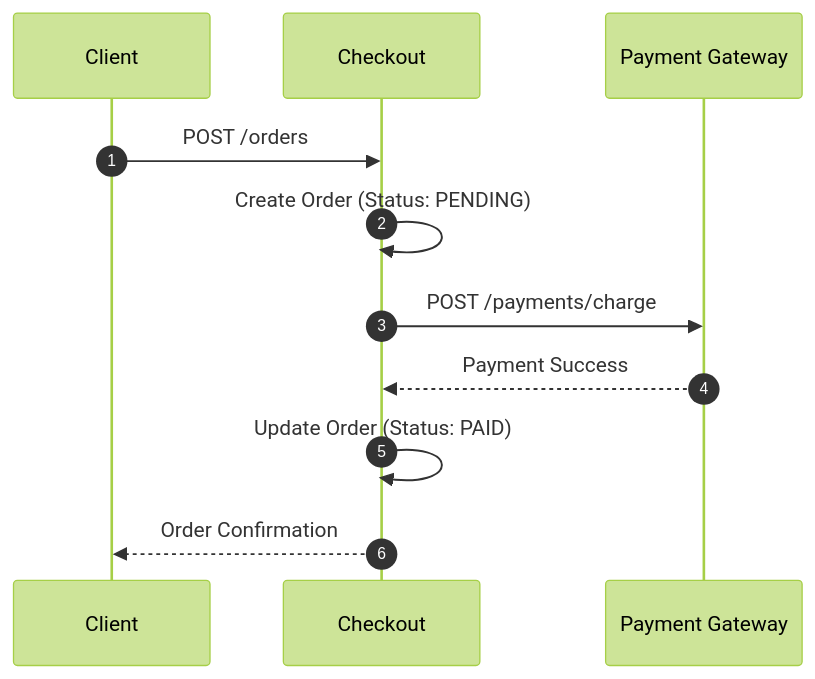
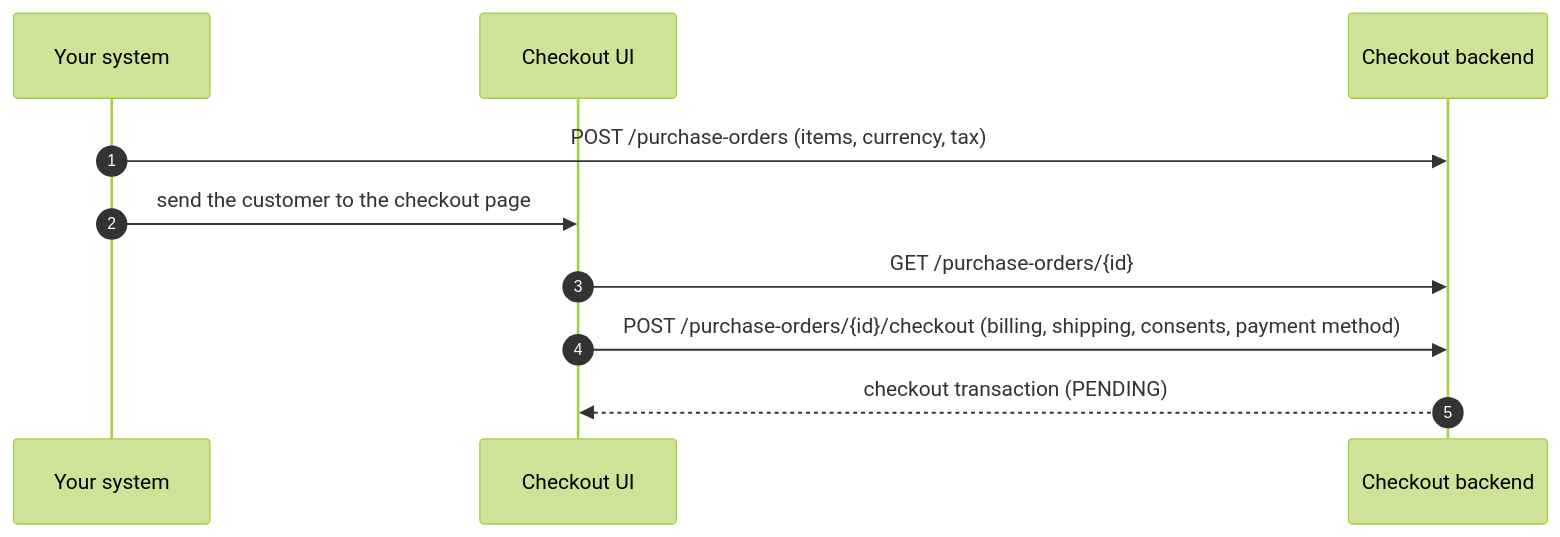
The diagram in modules/checkout/index.md (Labs64/labs64.io-docs), drawn with Mermaid (forest theme) before and after one commit. The commit also changed other lines of this file and 27 other files, not shown here.

First line of the commit message:
Make the public docs the primary architecture and module reference

````diff
--- a/modules/checkout/index.md
+++ b/modules/checkout/index.md
@@ -23,14 +31,13 @@
 ```mermaid
 sequenceDiagram
     autonumber
-    participant C as Client
-    participant CO as Checkout
-    participant PG as Payment Gateway
+    participant S as Your system
+    participant UI as Checkout UI
+    participant BE as Checkout backend
 
-    C->>CO: POST /orders
-    CO->>CO: Create Order (Status: PENDING)
-    CO->>PG: POST /payments/charge
-    PG-->>CO: Payment Success
-    CO->>CO: Update Order (Status: PAID)
-    CO-->>C: Order Confirmation
+    S->>BE: POST /purchase-orders (items, currency, tax)
+    S->>UI: send the customer to the checkout page
+    UI->>BE: GET /purchase-orders/{id}
+    UI->>BE: POST /purchase-orders/{id}/checkout (billing, shipping, consents, payment method)
+    BE-->>UI: checkout transaction (PENDING)
 ```
````
